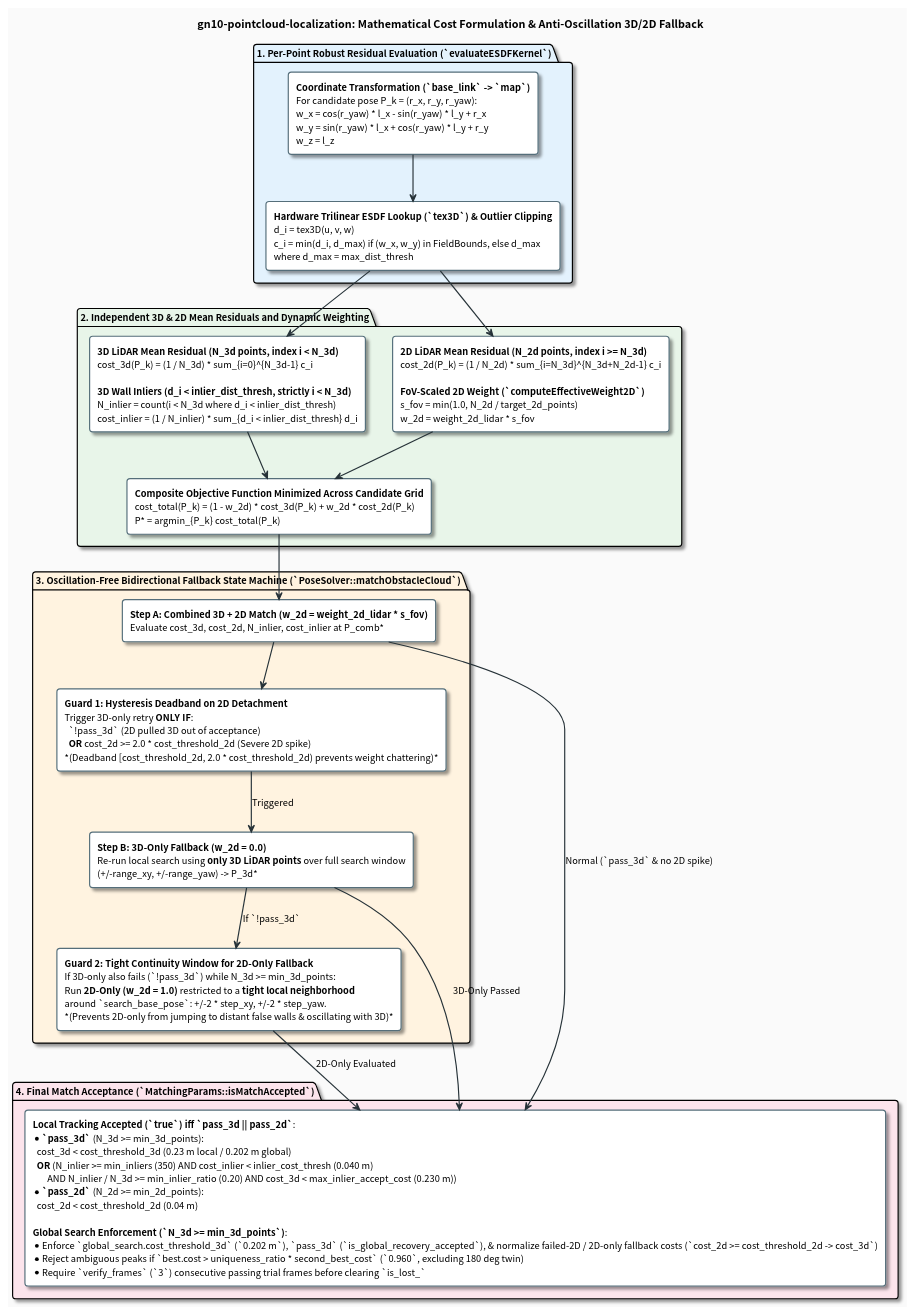
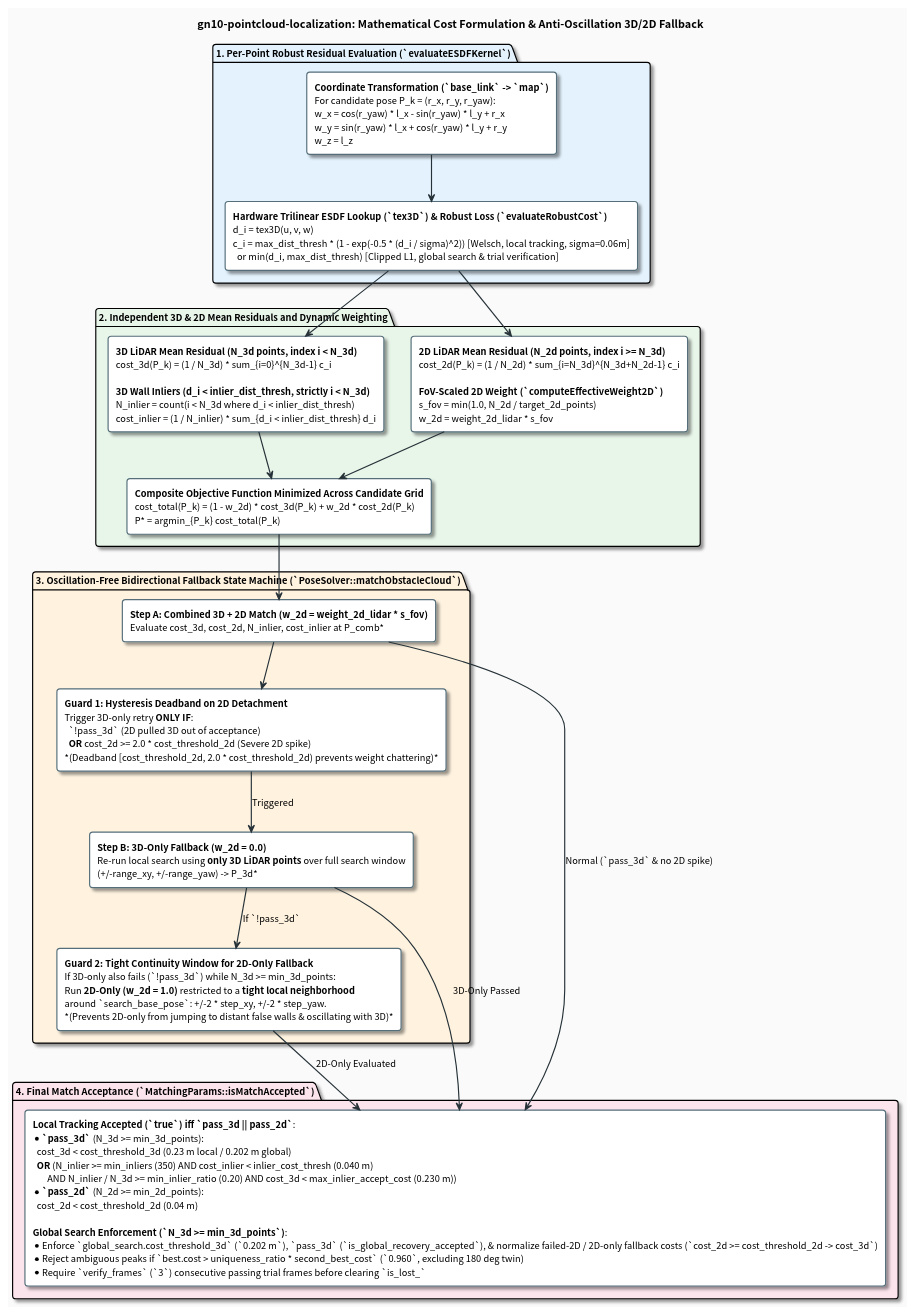
One commit to tmcit-ararobo-2026a/gn10-pointcloud-localization changed the diagram in docs/matching_cost_and_weighting.pu. Above: the diagram before and after it, drawn with PlantUML. The commit also changed 10 other files, not shown here.

Commit message:
docs: update README and PlantUML diagrams for v1.2.0 voxel equalization and robust loss (v1.2.1)

```diff
--- a/docs/matching_cost_and_weighting.pu
+++ b/docs/matching_cost_and_weighting.pu
@@ -1,70 +1,70 @@
 @startuml matching_cost_and_weighting
 skinparam backgroundColor #FAFAFA
 skinparam defaultFontName "Roboto, Noto Sans CJK JP, sans-serif"
 skinparam defaultFontSize 12
 skinparam roundCorner 8
 skinparam shadowing true
 skinparam ArrowColor #263238
 skinparam ArrowThickness 1.5
 
 skinparam rectangle {
     BackgroundColor #FFFFFF
     BorderColor #546E7A
     BorderThickness 1.5
 }
 
 skinparam note {
     BackgroundColor #FFF8E1
     BorderColor #FFB300
     FontColor #263238
 }
 
 title **gn10-pointcloud-localization: Mathematical Cost Formulation & Anti-Oscillation 3D/2D Fallback**
 
 package "1. Per-Point Robust Residual Evaluation (`evaluateESDFKernel`)" #E3F2FD {
     rectangle "**Coordinate Transformation (`base_link` -> `map`)**\nFor candidate pose P_k = (r_x, r_y, r_yaw):\nw_x = cos(r_yaw) * l_x - sin(r_yaw) * l_y + r_x\nw_y = sin(r_yaw) * l_x + cos(r_yaw) * l_y + r_y\nw_z = l_z" as TF_EQ
 
-    rectangle "**Hardware Trilinear ESDF Lookup (`tex3D`) & Outlier Clipping**\nd_i = tex3D(u, v, w)\nc_i = min(d_i, d_max) if (w_x, w_y) in FieldBounds, else d_max\nwhere d_max = max_dist_thresh" as CLIP_EQ
+    rectangle "**Hardware Trilinear ESDF Lookup (`tex3D`) & Robust Loss (`evaluateRobustCost`)**\nd_i = tex3D(u, v, w)\nc_i = max_dist_thresh * (1 - exp(-0.5 * (d_i / sigma)^2))  [Welsch, local tracking, sigma=0.06m]\n  or min(d_i, max_dist_thresh)  [Clipped L1, global search & trial verification]" as CLIP_EQ
 
     TF_EQ -down-> CLIP_EQ
 }
 
 package "2. Independent 3D & 2D Mean Residuals and Dynamic Weighting" #E8F5E9 {
     rectangle "**3D LiDAR Mean Residual (N_3d points, index i < N_3d)**\ncost_3d(P_k) = (1 / N_3d) * sum_{i=0}^{N_3d-1} c_i\n\n**3D Wall Inliers (d_i < inlier_dist_thresh, strictly i < N_3d)**\nN_inlier = count(i < N_3d where d_i < inlier_dist_thresh)\ncost_inlier = (1 / N_inlier) * sum_{d_i < inlier_dist_thresh} d_i" as COST_3D
 
     rectangle "**2D LiDAR Mean Residual (N_2d points, index i >= N_3d)**\ncost_2d(P_k) = (1 / N_2d) * sum_{i=N_3d}^{N_3d+N_2d-1} c_i\n\n**FoV-Scaled 2D Weight (`computeEffectiveWeight2D`)**\ns_fov = min(1.0, N_2d / target_2d_points)\nw_2d = weight_2d_lidar * s_fov" as COST_2D
 
     rectangle "**Composite Objective Function Minimized Across Candidate Grid**\ncost_total(P_k) = (1 - w_2d) * cost_3d(P_k) + w_2d * cost_2d(P_k)\nP* = argmin_{P_k} cost_total(P_k)" as COMP_EQ
 
     COST_3D -down-> COMP_EQ
     COST_2D -down-> COMP_EQ
 }
 
 CLIP_EQ -down-> COST_3D
 CLIP_EQ -down-> COST_2D
 
 package "3. Oscillation-Free Bidirectional Fallback State Machine (`PoseSolver::matchObstacleCloud`)" #FFF3E0 {
     rectangle "**Step A: Combined 3D + 2D Match (w_2d = weight_2d_lidar * s_fov)**\nEvaluate cost_3d, cost_2d, N_inlier, cost_inlier at P_comb*" as STEP_A
 
     rectangle "**Guard 1: Hysteresis Deadband on 2D Detachment**\nTrigger 3D-only retry **ONLY IF**:\n  `!pass_3d` (2D pulled 3D out of acceptance)\n  **OR** cost_2d >= 2.0 * cost_threshold_2d (Severe 2D spike)\n*(Deadband [cost_threshold_2d, 2.0 * cost_threshold_2d) prevents weight chattering)*" as GUARD_1
 
     rectangle "**Step B: 3D-Only Fallback (w_2d = 0.0)**\nRe-run local search using **only 3D LiDAR points** over full search window\n(+/-range_xy, +/-range_yaw) -> P_3d*" as STEP_B
 
     rectangle "**Guard 2: Tight Continuity Window for 2D-Only Fallback**\nIf 3D-only also fails (`!pass_3d`) while N_3d >= min_3d_points:\nRun **2D-Only (w_2d = 1.0)** restricted to a **tight local neighborhood**\naround `search_base_pose`: +/-2 * step_xy, +/-2 * step_yaw.\n*(Prevents 2D-only from jumping to distant false walls & oscillating with 3D)*" as STEP_C
 
     STEP_A -down-> GUARD_1
     GUARD_1 -down-> STEP_B : Triggered
     STEP_B -down-> STEP_C : If `!pass_3d`
 }
 
 COMP_EQ -down-> STEP_A
 
 package "4. Final Match Acceptance (`MatchingParams::isMatchAccepted`)" #FCE4EC {
     rectangle "**Local Tracking Accepted (`true`) iff `pass_3d || pass_2d`**:\n* **`pass_3d`** (N_3d >= min_3d_points):\n  cost_3d < cost_threshold_3d (0.23 m local / 0.202 m global)\n  **OR** (N_inlier >= min_inliers (350) AND cost_inlier < inlier_cost_thresh (0.040 m)\n       AND N_inlier / N_3d >= min_inlier_ratio (0.20) AND cost_3d < max_inlier_accept_cost (0.230 m))\n* **`pass_2d`** (N_2d >= min_2d_points):\n  cost_2d < cost_threshold_2d (0.04 m)\n\n**Global Search Enforcement (`N_3d >= min_3d_points`)**:\n* Enforce `global_search.cost_threshold_3d` (`0.202 m`), `pass_3d` (`is_global_recovery_accepted`), & normalize failed-2D / 2D-only fallback costs (`cost_2d >= cost_threshold_2d -> cost_3d`)\n* Reject ambiguous peaks if `best.cost > uniqueness_ratio * second_best_cost` (`0.960`, excluding 180 deg twin)\n* Require `verify_frames` (`3`) consecutive passing trial frames before clearing `is_lost_`" as FINAL_ACCEPT
 }
 
 STEP_A -down-> FINAL_ACCEPT : Normal (`pass_3d` & no 2D spike)
 STEP_B -down-> FINAL_ACCEPT : 3D-Only Passed
 STEP_C -down-> FINAL_ACCEPT : 2D-Only Evaluated
 
 @enduml
```
